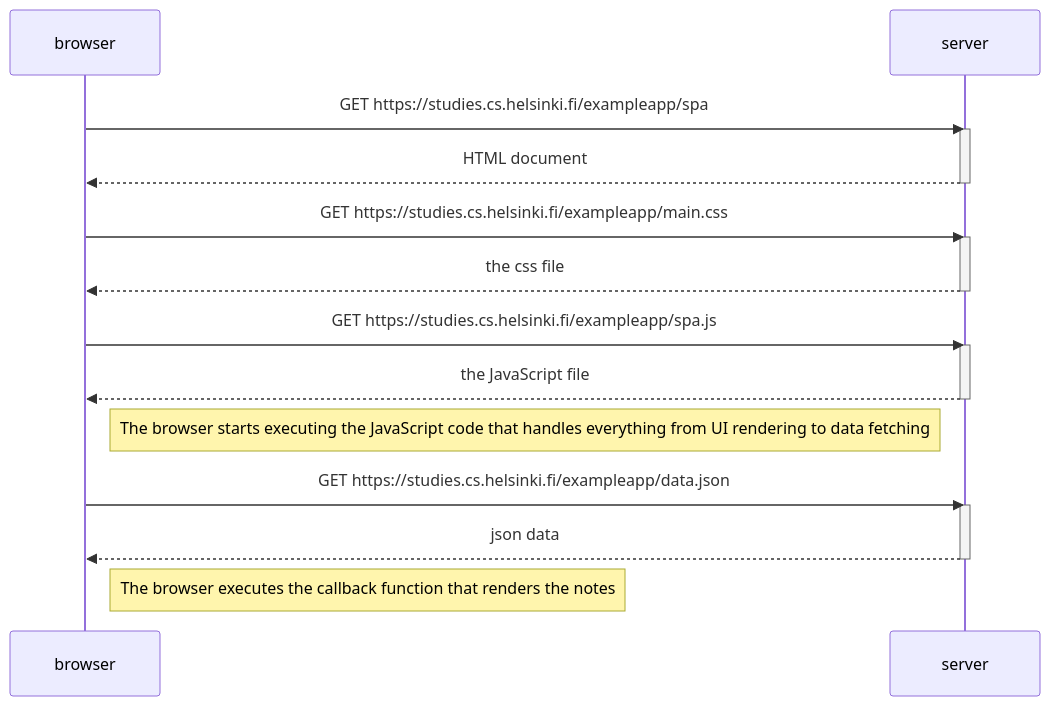
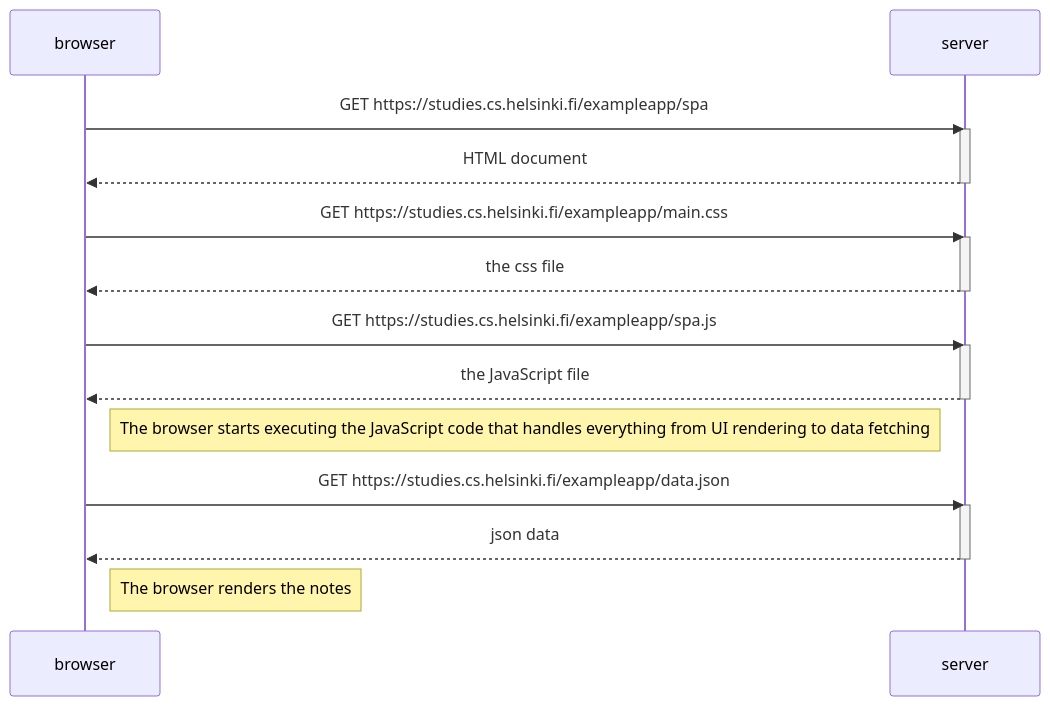
One commit to Osku-dev/FSO_new changed the diagram in part0/notesSPA.md. Above: the diagram before and after it, drawn with Mermaid.

````diff
--- a/part0/notesSPA.md
+++ b/part0/notesSPA.md
@@ -1,29 +1,29 @@
 ```mermaid
 sequenceDiagram
     participant browser
     participant server
     
     browser->>server: GET https://studies.cs.helsinki.fi/exampleapp/spa
     activate server
     server-->>browser: HTML document
     deactivate server
     
     browser->>server: GET https://studies.cs.helsinki.fi/exampleapp/main.css
     activate server
     server-->>browser: the css file
     deactivate server
     
     browser->>server: GET https://studies.cs.helsinki.fi/exampleapp/spa.js
     activate server
     server-->>browser: the JavaScript file
     deactivate server
     
     Note right of browser: The browser starts executing the JavaScript code that handles everything from UI rendering to data fetching
     
     browser->>server: GET https://studies.cs.helsinki.fi/exampleapp/data.json
     activate server
     server-->>browser: json data
     deactivate server    
 
-    Note right of browser: The browser executes the callback function that renders the notes
+    Note right of browser: The browser renders the notes
 ```
````
